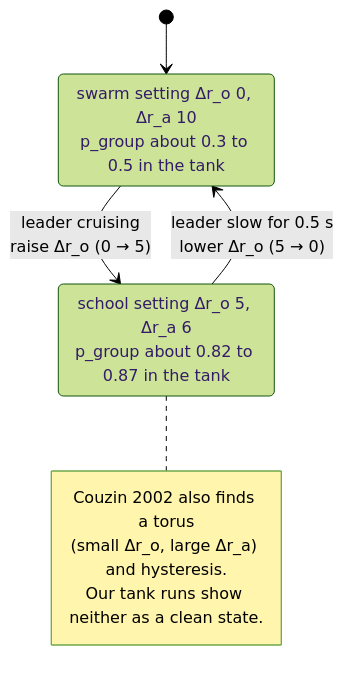
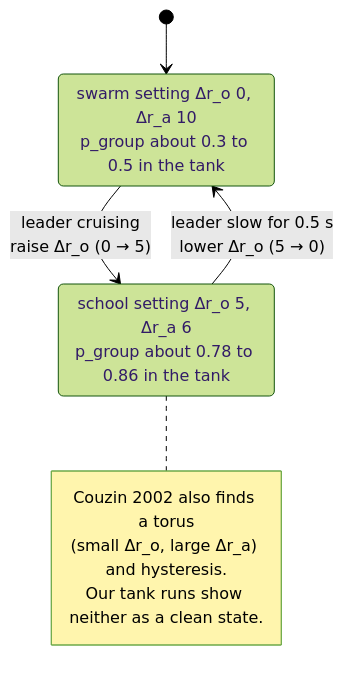
The third of 4 diagrams in docs/plans/2026-10-01-swarming-poster.md (wbniv/WorldFoundry), drawn with Mermaid (forest theme) before and after one commit. The commit also changed other lines of this file and 12 other files, not shown here.

````diff
--- a/docs/plans/2026-10-01-swarming-poster.md
+++ b/docs/plans/2026-10-01-swarming-poster.md
@@ -79,13 +79,13 @@
 ```mermaid
 stateDiagram-v2
     [*] --> Swarm
     Swarm --> School: leader cruising<br/>raise Δr_o (0 → 5)
     School --> Swarm: leader slow for 0.5 s<br/>lower Δr_o (5 → 0)
     Swarm: swarm setting Δr_o 0, Δr_a 10<br/>p_group about 0.3 to 0.5 in the tank
-    School: school setting Δr_o 5, Δr_a 6<br/>p_group about 0.82 to 0.87 in the tank
+    School: school setting Δr_o 5, Δr_a 6<br/>p_group about 0.78 to 0.86 in the tank
     note right of School
         Couzin 2002 also finds a torus
         (small Δr_o, large Δr_a) and hysteresis.
         Our tank runs show neither as a clean state.
     end note
 ```
````
